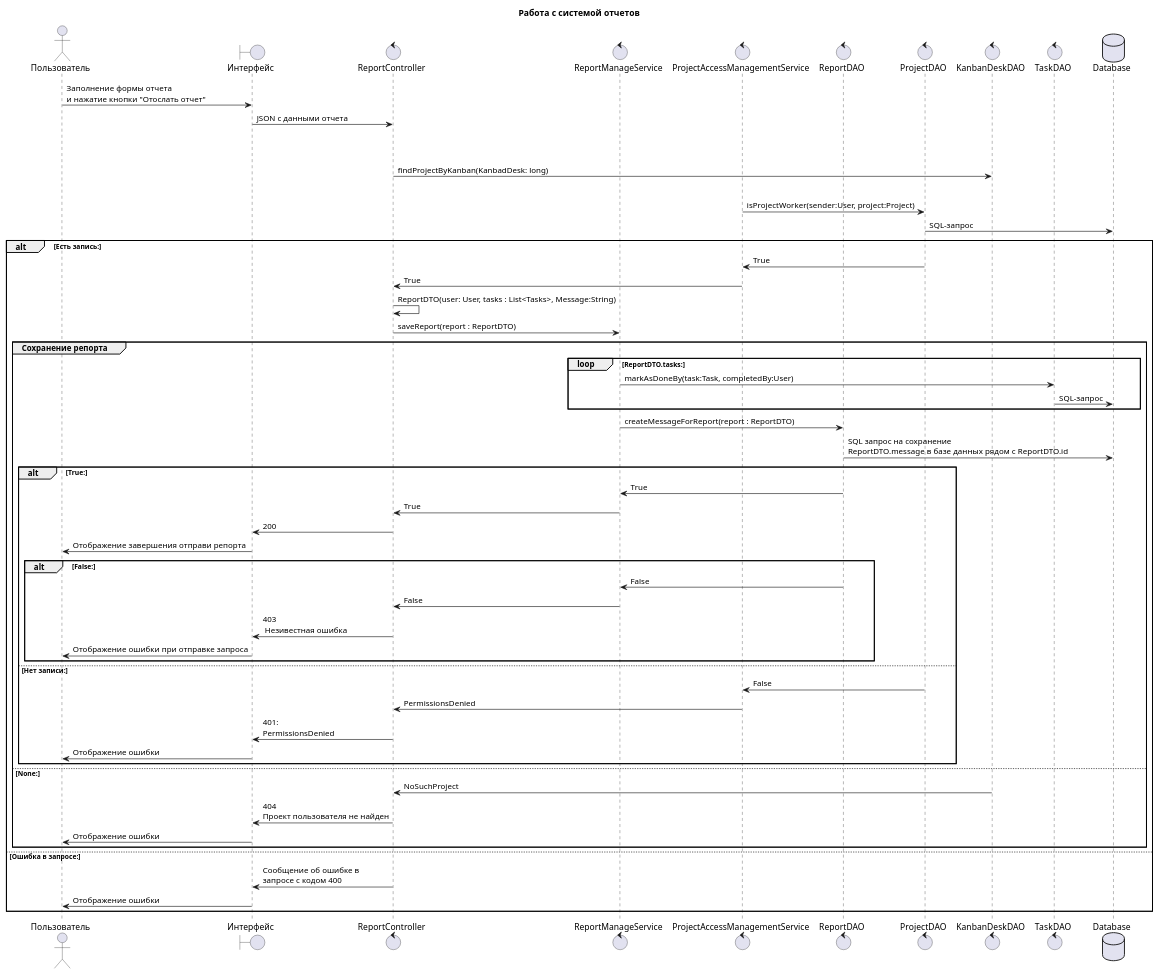
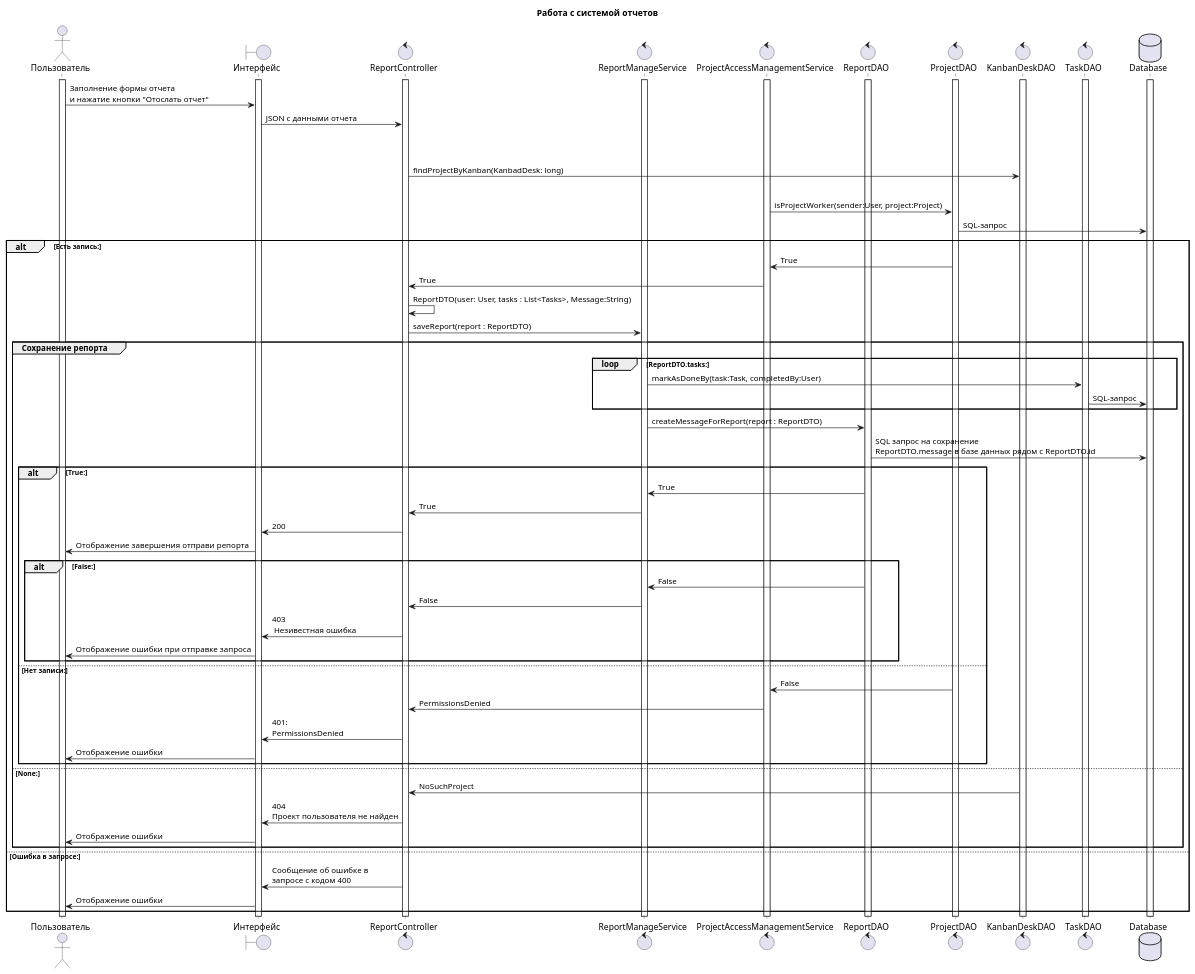
One commit to penamarth/bsbo-02-21_team_var7_erp changed the diagram in UML diagrams/Sequence diagrams/manage-reports-sequence.wsd. Above: the diagram before and after it, drawn with PlantUML. The commit also changed 2 other files, not shown here.

Commit message:
class diagrams

```diff
--- a/UML diagrams/Sequence diagrams/manage-reports-sequence.wsd
+++ b/UML diagrams/Sequence diagrams/manage-reports-sequence.wsd
@@ -1,70 +1,81 @@
 @startuml sequence
 title Работа с системой отчетов
 
 actor Пользователь as user
 
 boundary "Интерфейс" as site
 
 control ReportController as rcont
 control ReportManageService as rmserv
 control ProjectAccessManagementService as amserv
 
 control ReportDAO as rdao
 control ProjectDAO as pdao
 control KanbanDeskDAO as kdao
 
 control TaskDAO as tdao
 database Database as db
+
+activate user
+activate site
+activate rcont
+activate rmserv
+activate amserv
+activate rdao
+activate pdao
+activate kdao
+activate tdao
+activate db
 
 user -> site : Заполнение формы отчета\nи нажатие кнопки "Отослать отчет"
 site -> rcont : JSON с данными отчета 
 
 alt Запрос верный
     group Проверка доступа
         rcont -> kdao : findProjectByKanban(KanbadDesk: long)
         alt Project:
 
             amserv -> pdao : isProjectWorker(sender:User, project:Project)
             pdao -> db : SQL-запрос
             alt Есть запись:
                 amserv <- pdao : True
                 rcont <- amserv : True
                 rcont -> rcont : ReportDTO(user: User, tasks : List<Tasks>, Message:String)
                 rcont -> rmserv : saveReport(report : ReportDTO)
                 group Сохранение репорта
                     loop ReportDTO.tasks:
                         rmserv -> tdao : markAsDoneBy(task:Task, completedBy:User)
                         tdao -> db : SQL-запрос
                     end
                     rmserv -> rdao : createMessageForReport(report : ReportDTO)
                     rdao -> db : SQL запрос на сохранение\nReportDTO.message в базе данных рядом с ReportDTO.id
                     alt True:
                         rmserv <- rdao : True
                         rcont <- rmserv : True
                         site <- rcont : 200
                         user <- site : Отображение завершения отправи репорта
                     alt False:
                         rmserv <- rdao : False
                         rcont <- rmserv : False
                         site <- rcont : 403\n Незивестная ошибка
                         user <- site : Отображение ошибки при отправке запроса
                 end
             else Нет записи:
                 amserv <- pdao : False
                 rcont <- amserv : PermissionsDenied
                 site <- rcont : 401:\nPermissionsDenied
                 user <- site : Отображение ошибки
             end
         else None:
             rcont <- kdao : NoSuchProject
             site <- rcont : 404\nПроект пользователя не найден
             user <- site : Отображение ошибки
 
     end
 else Ошибка в запросе:
     rcont -> site : Сообщение об ошибке в\nзапросе с кодом 400
     user <- site : Отображение ошибки
 end
 
 
 @enduml
```
